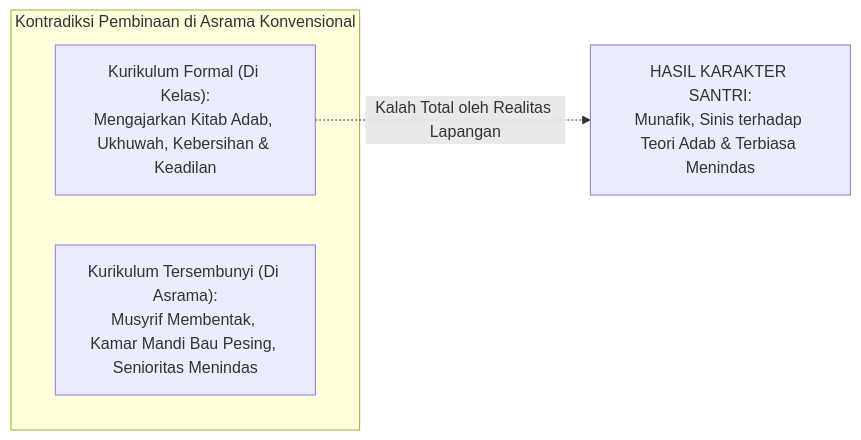
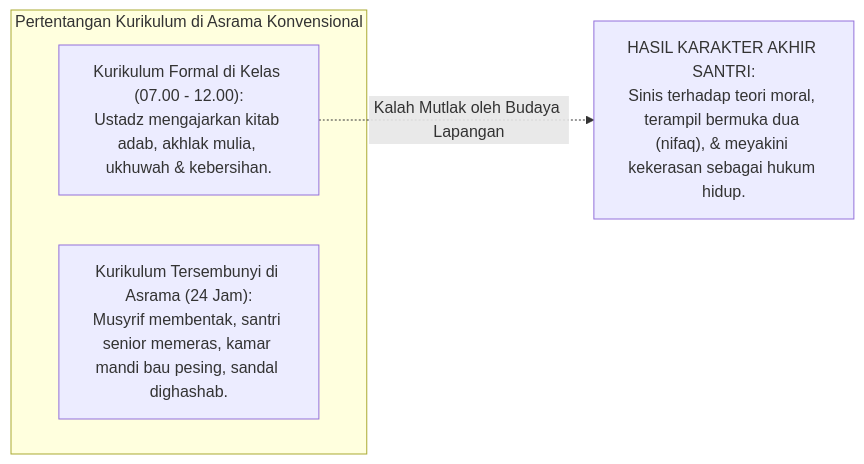
Before and after one commit to wandiapriliyandi/tumbuh: the third of 4 diagrams in BOOK Series 1/01-The-Fundamental-of-TUMBUH/BAGIAN-III/Bab-06-Falsafah-Tarbiyah-Tadib-dan-Ekosistem-Keteladanan.md, drawn with Mermaid. The commit also changed other lines of this file and 4 other files, not shown here.

````diff
--- a/BOOK Series 1/01-The-Fundamental-of-TUMBUH/BAGIAN-III/Bab-06-Falsafah-Tarbiyah-Tadib-dan-Ekosistem-Keteladanan.md
+++ b/BOOK Series 1/01-The-Fundamental-of-TUMBUH/BAGIAN-III/Bab-06-Falsafah-Tarbiyah-Tadib-dan-Ekosistem-Keteladanan.md
@@ -184,9 +258,9 @@
 ```mermaid
 graph LR
-    subgraph PERTENTANGAN_KURIKULUM["Kontradiksi Pembinaan di Asrama Konvensional"]
-        KF["Kurikulum Formal (Di Kelas):<br/>Mengajarkan Kitab Adab, Ukhuwah, Kebersihan & Keadilan"]
-        KT["Kurikulum Tersembunyi (Di Asrama):<br/>Musyrif Membentak, Kamar Mandi Bau Pesing, Senioritas Menindas"]
+    subgraph KONTRADIKSI_TRADISIONAL["Pertentangan Kurikulum di Asrama Konvensional"]
+        KF["Kurikulum Formal di Kelas (07.00 - 12.00):<br/>Ustadz mengajarkan kitab adab, akhlak mulia, ukhuwah & kebersihan."]
+        KT["Kurikulum Tersembunyi di Asrama (24 Jam):<br/>Musyrif membentak, santri senior memeras, kamar mandi bau pesing, sandal dighashab."]
     end
 
-    KF -.->|Kalah Total oleh Realitas Lapangan| HASIL["HASIL KARAKTER SANTRI:<br/>Munafik, Sinis terhadap Teori Adab & Terbiasa Menindas"]
+    KF -.->|Kalah Mutlak oleh Budaya Lapangan| HASIL["HASIL KARAKTER AKHIR SANTRI:<br/>Sinis terhadap teori moral, terampil bermuka dua (nifaq), & meyakini kekerasan sebagai hukum hidup."]
 ```
````
